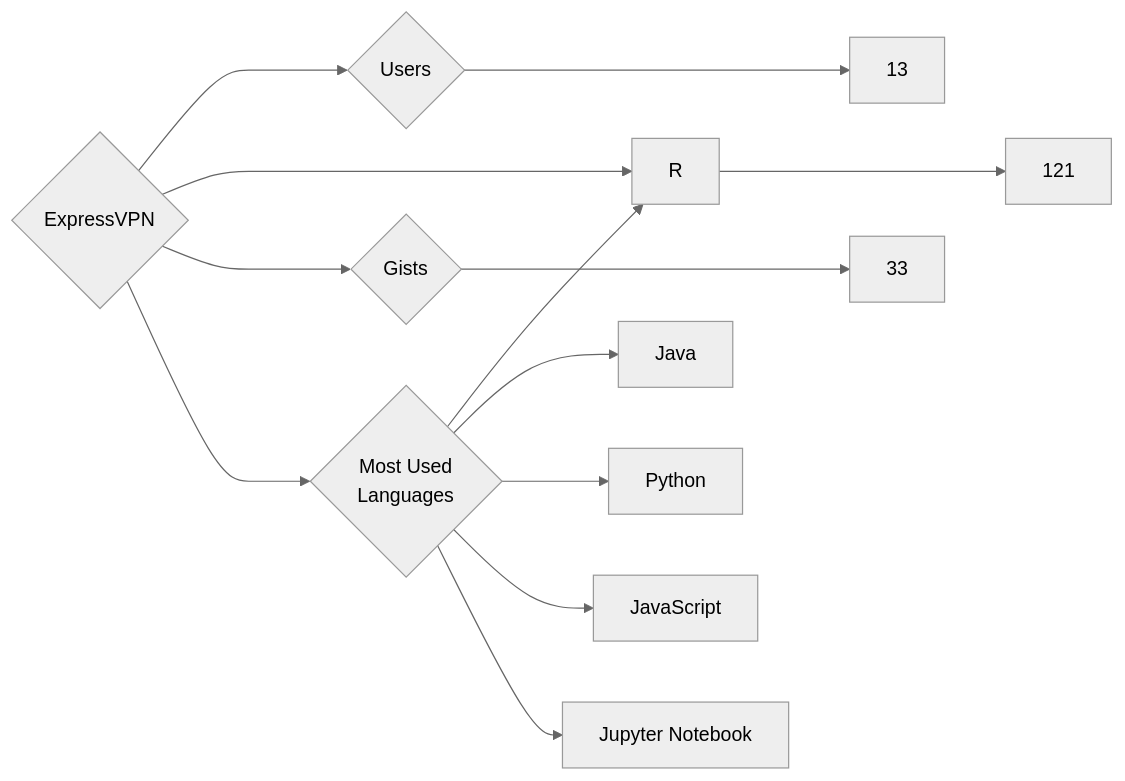
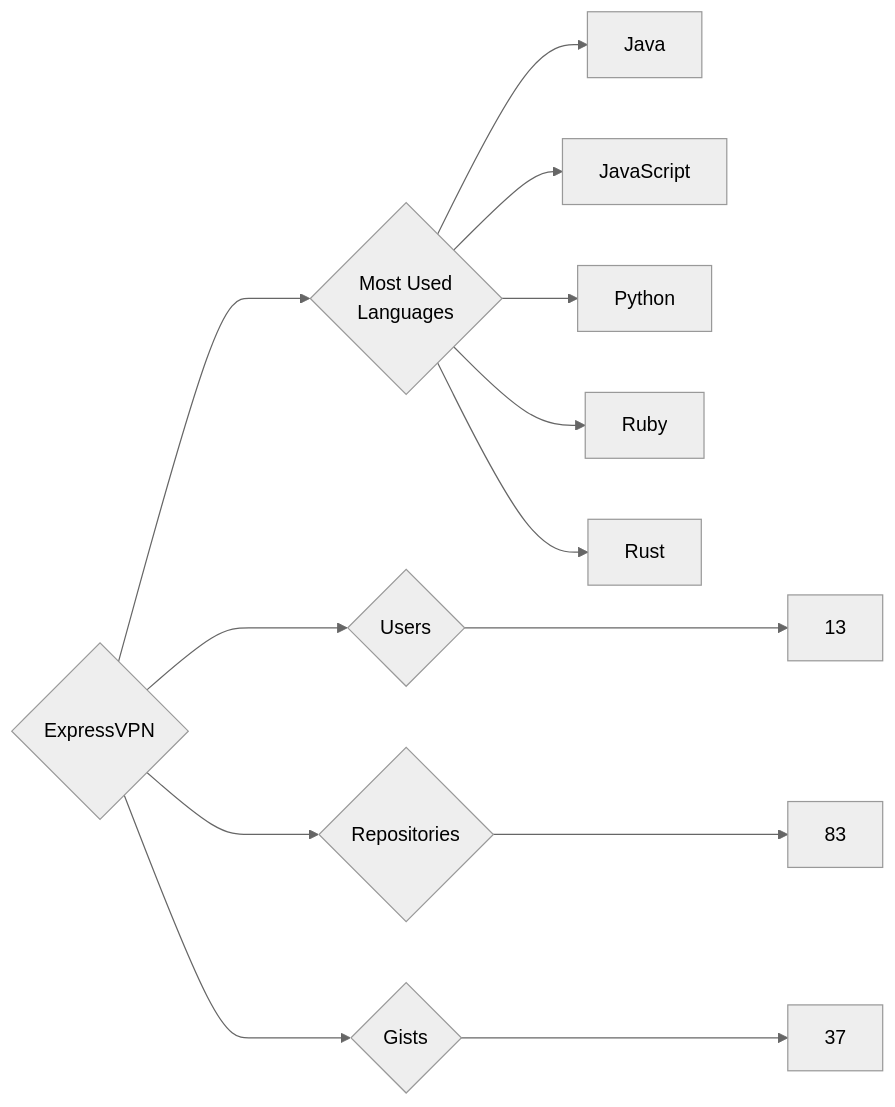
The diagram in targets/ExpressVPN/README.md (trickest/insiders), drawn with Mermaid (neutral theme) before and after one commit. The commit also changed 838 other files, not shown here.

````diff
--- a/targets/ExpressVPN/README.md
+++ b/targets/ExpressVPN/README.md
@@ -3,13 +3,13 @@
 ```mermaid
 graph LR
 COMPANY_NAME{ExpressVPN}
 COMPANY_NAME ---> U{Users} ---> UN[13]
-COMPANY_NAME ---> R{Repositories} ---> RN[121]
-COMPANY_NAME ---> G{Gists} ---> GN[33]
+COMPANY_NAME ---> R{Repositories} ---> RN[83]
+COMPANY_NAME ---> G{Gists} ---> GN[37]
 COMPANY_NAME ---> ML{Most Used<br>Languages}
-ML --> R[R]
 ML --> Java[Java]
+ML --> JavaScript[JavaScript]
 ML --> Python[Python]
-ML --> JavaScript[JavaScript]
-ML --> Jupyter_Notebook[Jupyter Notebook]
+ML --> Ruby[Ruby]
+ML --> Rust[Rust]
 ```
````
